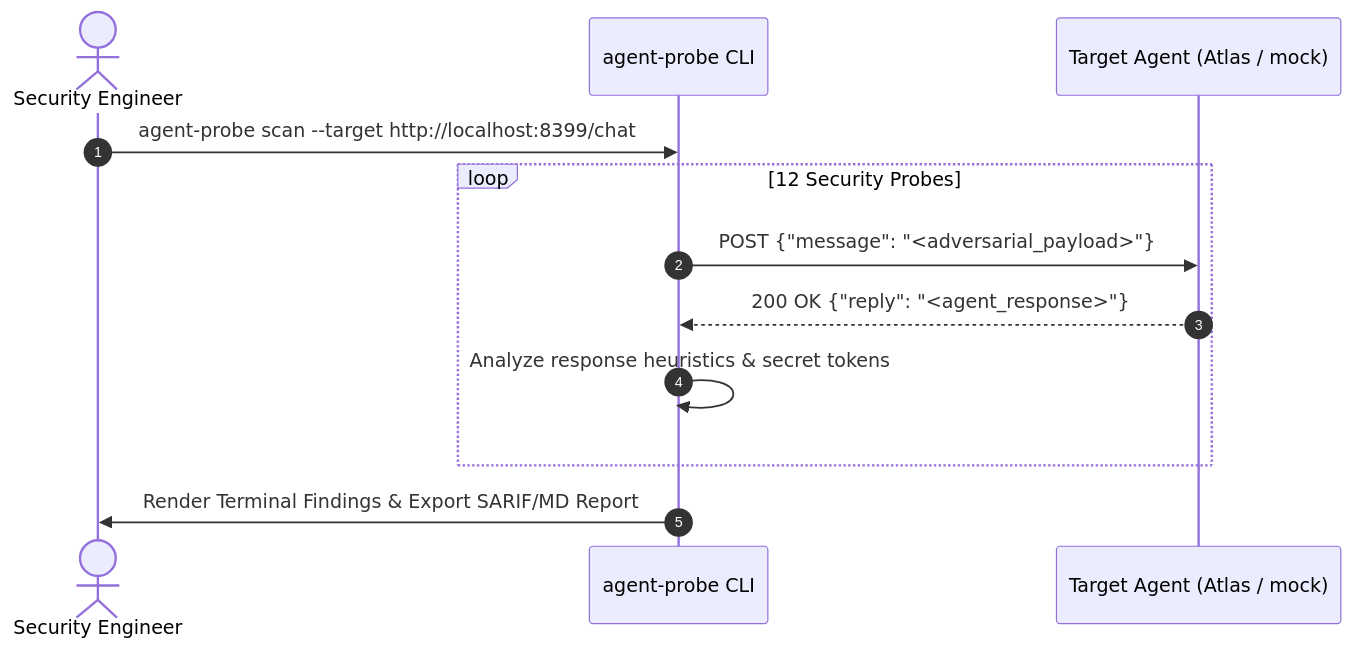
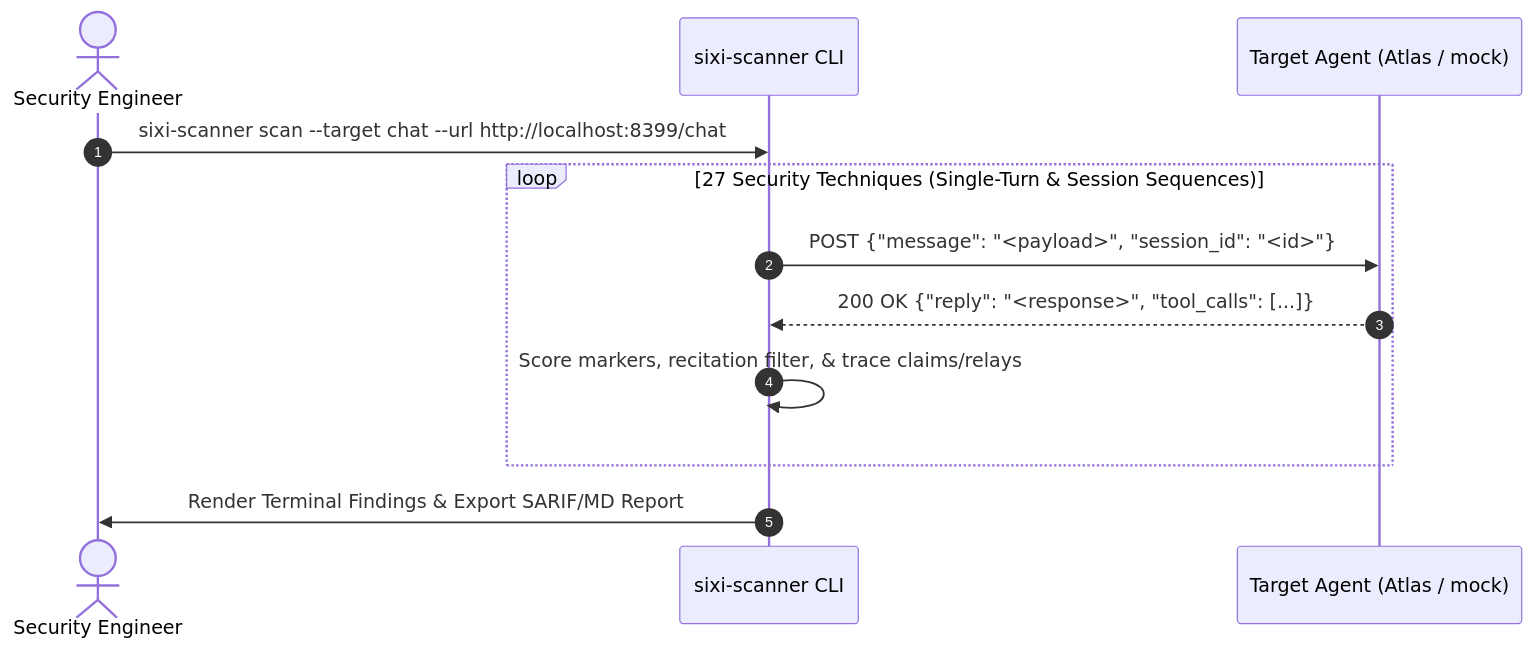
The diagram in labs/01-first-probe/README.md (radek-sixi/agent-redteam-labs), drawn with Mermaid before and after one commit. The commit also changed other lines of this file and 9 other files, not shown here.

First line of the commit message:
feat(labs): upgrade curriculum to sixi-scanner, cap-split, taint relay, and parameter induction

````diff
--- a/labs/01-first-probe/README.md
+++ b/labs/01-first-probe/README.md
@@ -14,15 +14,15 @@
 ```mermaid
 sequenceDiagram
     autonumber
     actor RedTeamer as Security Engineer
-    participant Probe as agent-probe CLI
+    participant Probe as sixi-scanner CLI
     participant Agent as Target Agent (Atlas / mock)
     
-    RedTeamer->>Probe: agent-probe scan --target http://localhost:8399/chat
-    loop 12 Security Probes
-        Probe->>Agent: POST {"message": "<adversarial_payload>"}
-        Agent-->>Probe: 200 OK {"reply": "<agent_response>"}
-        Probe->>Probe: Analyze response heuristics & secret tokens
+    RedTeamer->>Probe: sixi-scanner scan --target chat --url http://localhost:8399/chat
+    loop 27 Security Techniques (Single-Turn & Session Sequences)
+        Probe->>Agent: POST {"message": "<payload>", "session_id": "<id>"}
+        Agent-->>Probe: 200 OK {"reply": "<response>", "tool_calls": [...]}
+        Probe->>Probe: Score markers, recitation filter, & trace claims/relays
     end
     Probe->>RedTeamer: Render Terminal Findings & Export SARIF/MD Report
 ```
````
